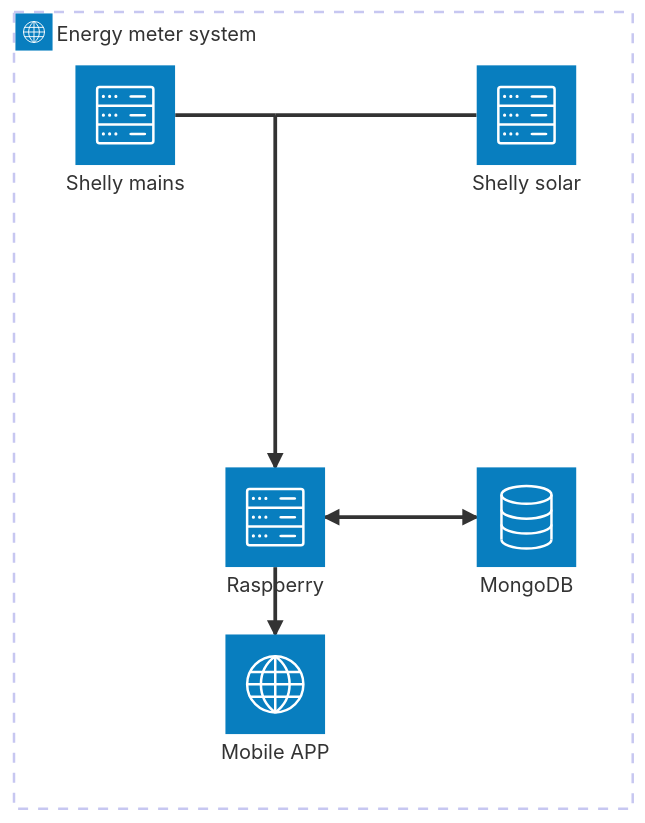
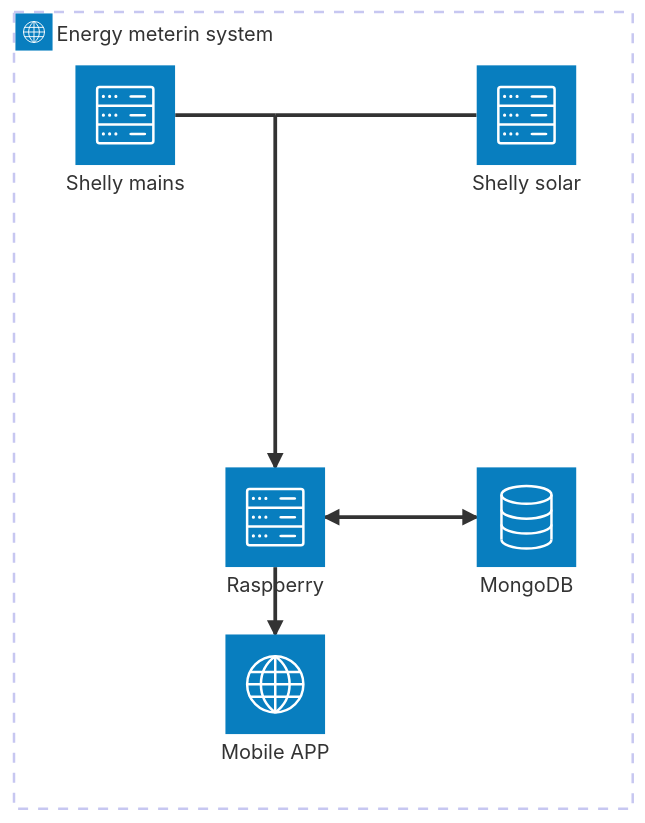
One commit to thimanen/energy_meter changed the diagram in README.md. Above: the diagram before and after it, drawn with Mermaid. The commit also changed other lines of this file, not shown here.

````diff
--- a/README.md
+++ b/README.md
@@ -3,18 +7,18 @@
 ```mermaid
 architecture-beta
-  group energy_meter_system(internet)[Energy meter system]
+  group energy_meter_system(internet)[Energy meterin system]
     service shelly_mains(server)[Shelly mains] in energy_meter_system
     service shelly_solar(server)[Shelly solar] in energy_meter_system
     service raspberry(server)[Raspberry] in energy_meter_system
     service database(database)[MongoDB] in energy_meter_system
     service application(internet)[Mobile APP] in energy_meter_system
     junction junctionShelly
 
     shelly_mains:R -- L:junctionShelly
     shelly_solar:L -- R:junctionShelly
     junctionShelly:B --> T:raspberry
     database:L <--> R:raspberry
     raspberry:B --> T:application
 
 
 ```
````
